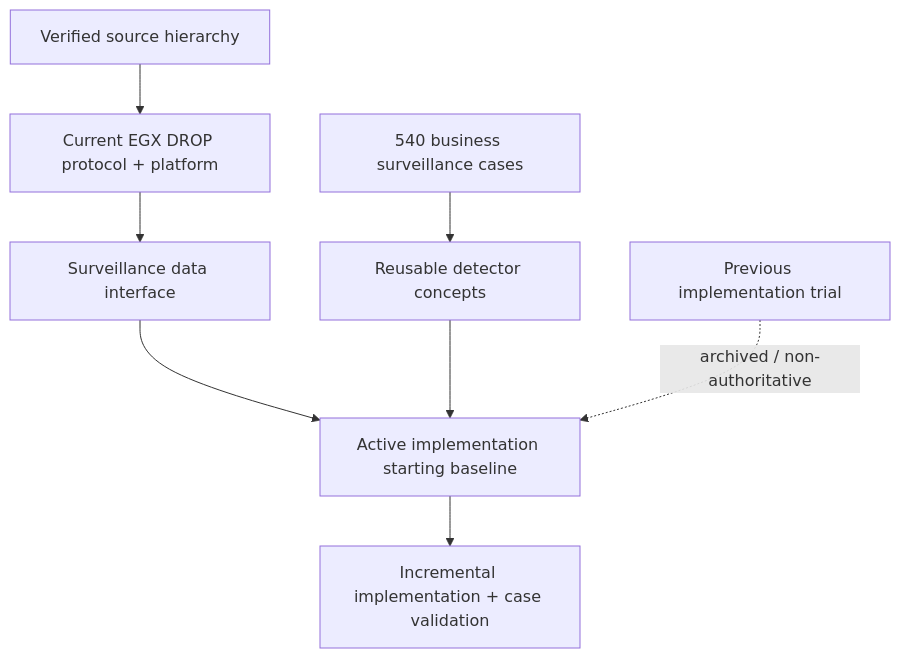
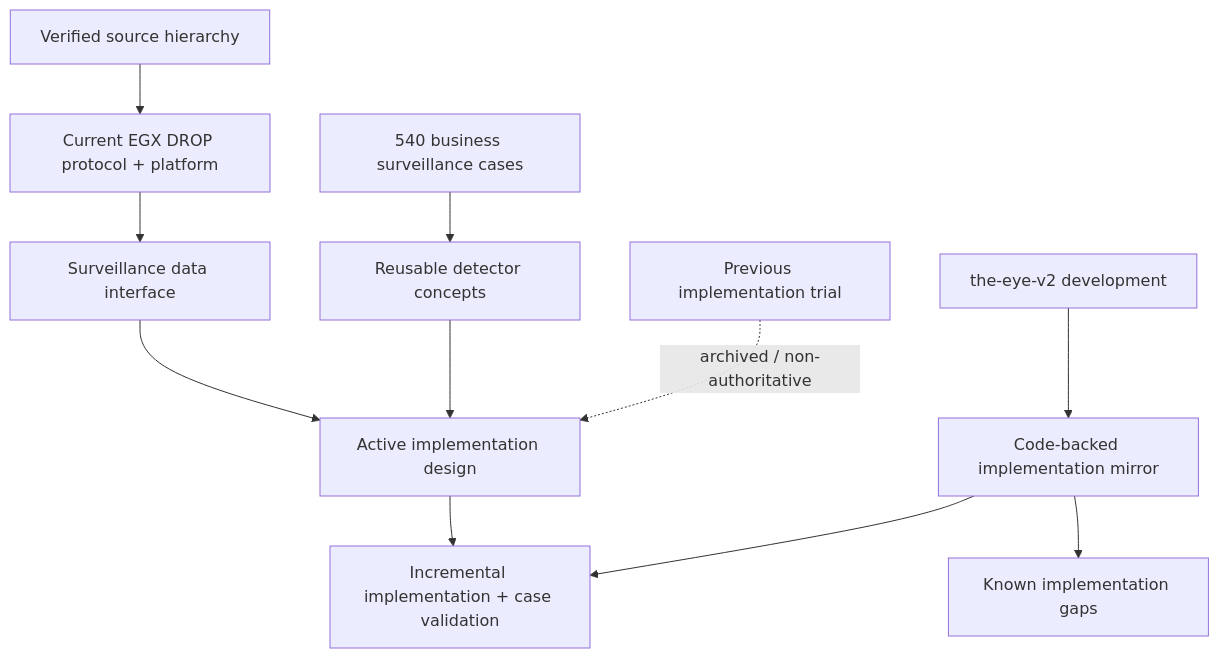
Before and after one commit to adnanelhabashy/surveillance-knowledge-base: the diagram in Market-Surveillance-Full-Plan-Doc-Refrence/00 - Project Home.md, drawn with Mermaid. The commit also changed other lines of this file and 11 other files, not shown here.

First line of the commit message:
docs: mirror development implementation at 0b4af2e

````diff
--- a/Market-Surveillance-Full-Plan-Doc-Refrence/00 - Project Home.md
+++ b/Market-Surveillance-Full-Plan-Doc-Refrence/00 - Project Home.md
@@ -24,10 +30,13 @@
 ```mermaid
 flowchart TB
     CASES[540 business surveillance cases] --> DET[Reusable detector concepts]
     DROP[Current EGX DROP protocol + platform] --> IFACE[Surveillance data interface]
-    IFACE --> START[Active implementation starting baseline]
+    IFACE --> START[Active implementation design]
     DET --> START
+    CODE[the-eye-v2 development] --> ACTUAL[Code-backed implementation mirror]
+    ACTUAL --> GAPS[Known implementation gaps]
     START --> BUILD[Incremental implementation + case validation]
+    ACTUAL --> BUILD
     SRC[Verified source hierarchy] --> DROP
     LEG[Previous implementation trial] -. archived / non-authoritative .-> START
 ```
````
